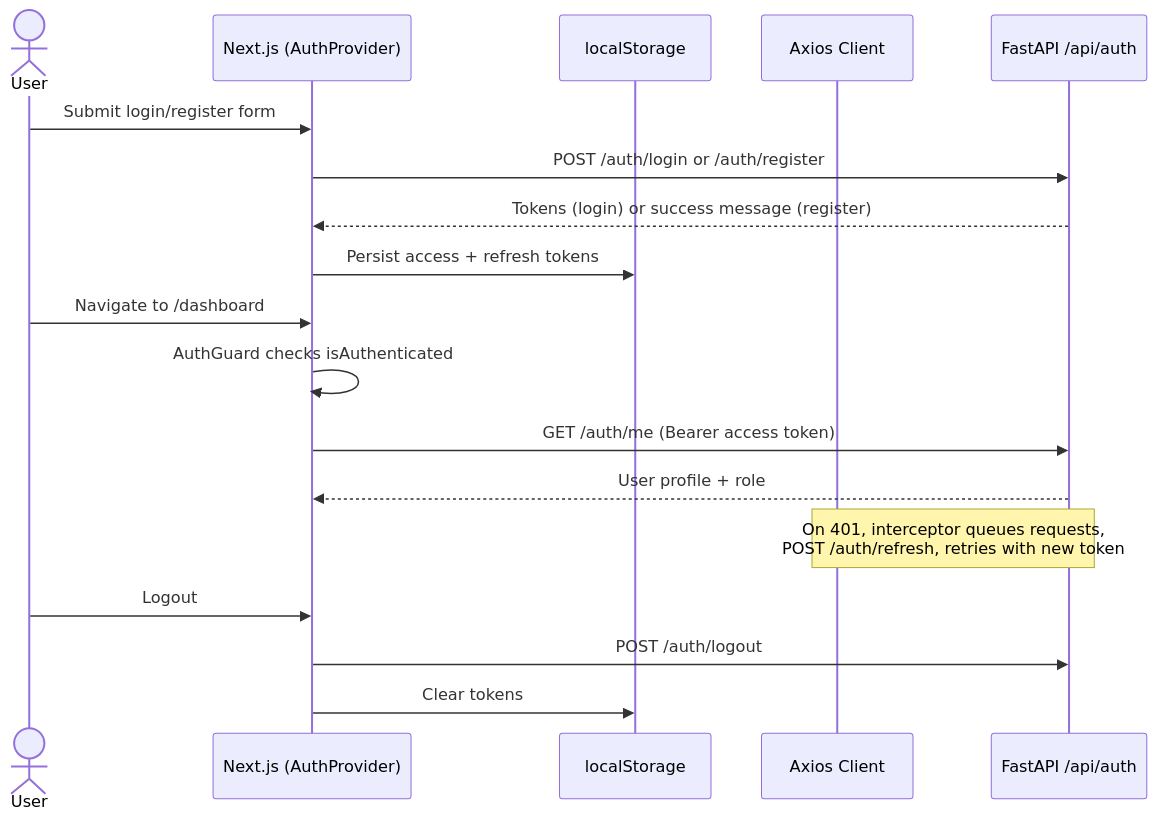
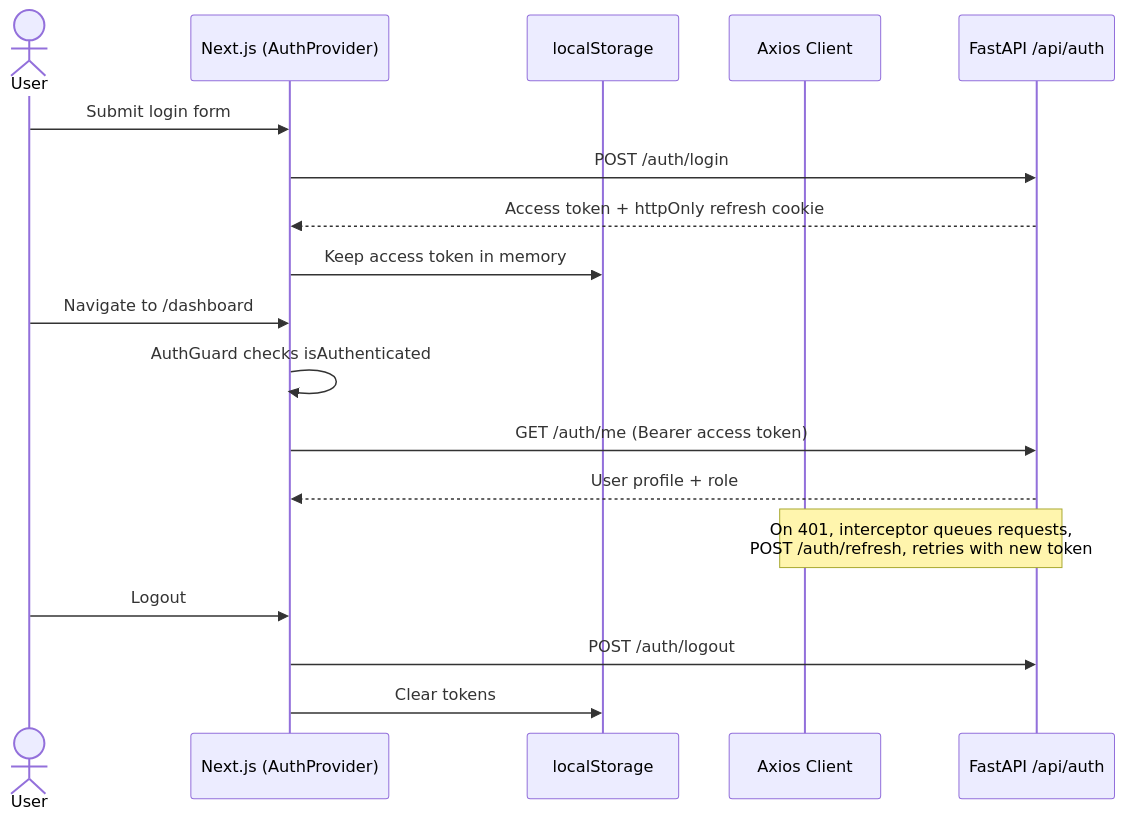
The sixth of 13 diagrams in docs/05_FRONTEND_ARCHITECTURE.md (pratapVansh/TRACE), drawn with Mermaid before and after one commit. The commit also changed other lines of this file and 49 other files, not shown here.

````diff
--- a/docs/05_FRONTEND_ARCHITECTURE.md
+++ b/docs/05_FRONTEND_ARCHITECTURE.md
@@ -273,20 +269,20 @@
 ```mermaid
 sequenceDiagram
     actor User
     participant FE as Next.js (AuthProvider)
     participant Store as localStorage
     participant Axios as Axios Client
     participant API as FastAPI /api/auth
-    User->>FE: Submit login/register form
-    FE->>API: POST /auth/login or /auth/register
-    API-->>FE: Tokens (login) or success message (register)
-    FE->>Store: Persist access + refresh tokens
+    User->>FE: Submit login form
+    FE->>API: POST /auth/login
+    API-->>FE: Access token + httpOnly refresh cookie
+    FE->>Store: Keep access token in memory
     User->>FE: Navigate to /dashboard
     FE->>FE: AuthGuard checks isAuthenticated
     FE->>API: GET /auth/me (Bearer access token)
     API-->>FE: User profile + role
     Note over Axios,API: On 401, interceptor queues requests,<br/>POST /auth/refresh, retries with new token
     User->>FE: Logout
     FE->>API: POST /auth/logout
     FE->>Store: Clear tokens
 ```
````
